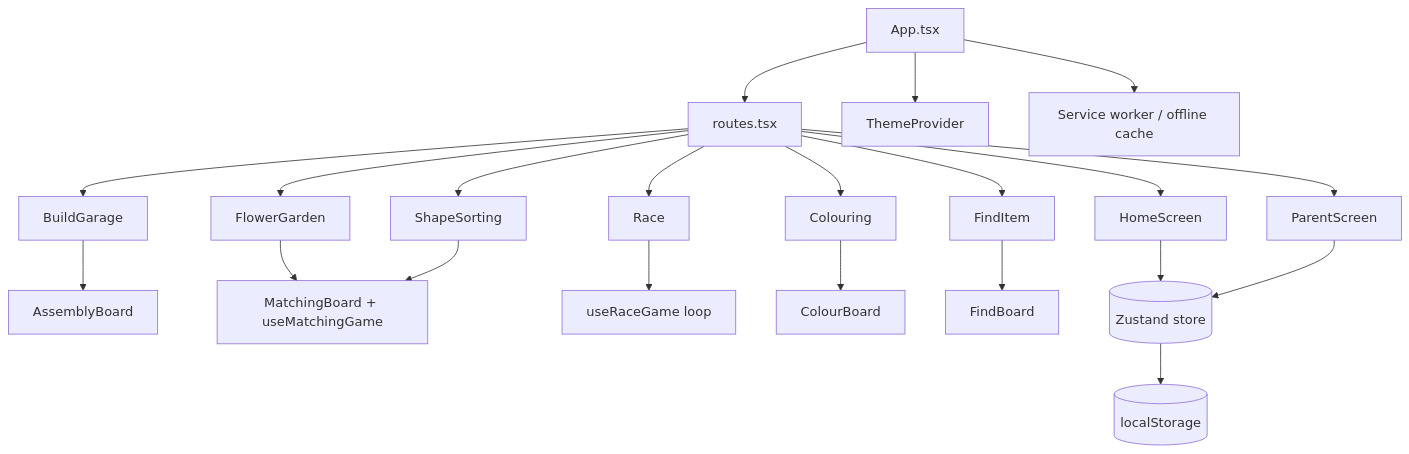
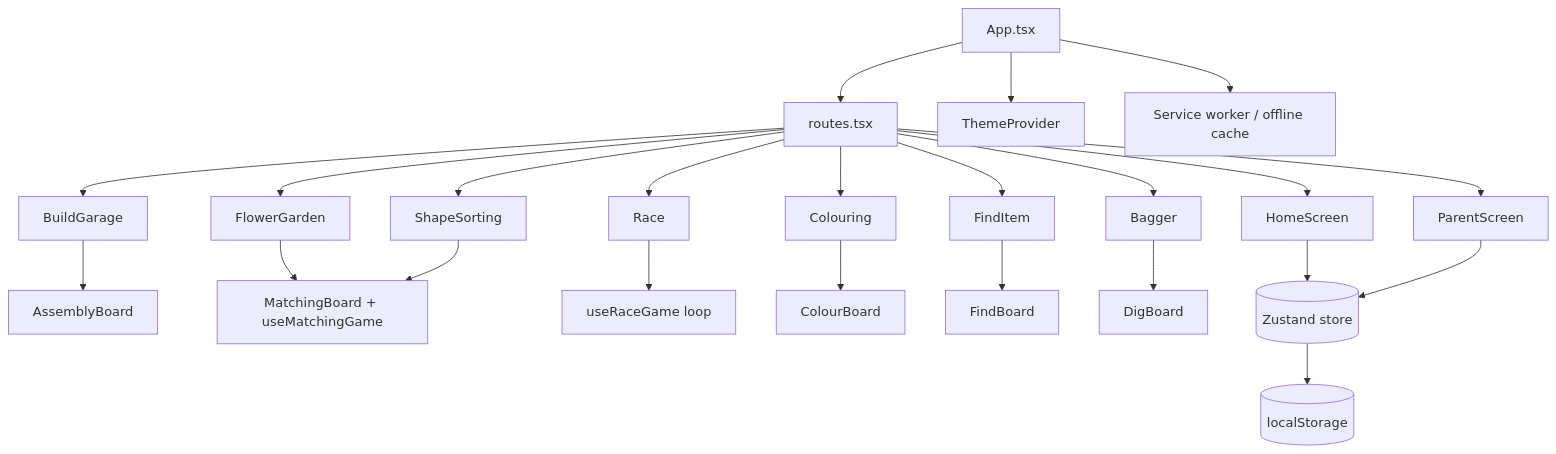
Before and after one commit to techlotse/TL-Games: the diagram in docs/architecture.md, drawn with Mermaid. The commit also changed other lines of this file and 18 other files, not shown here.

````diff
--- a/docs/architecture.md
+++ b/docs/architecture.md
@@ -46,23 +47,25 @@
 ```mermaid
 flowchart TD
   A[App.tsx] --> R[routes.tsx]
   R --> H[HomeScreen]
   R --> P[ParentScreen]
   R --> G1[BuildGarage]
   R --> G2[FlowerGarden]
   R --> G3[ShapeSorting]
   R --> G4[Race]
   R --> G5[Colouring]
   R --> G6[FindItem]
+  R --> G7[Bagger]
   G1 --> AB[AssemblyBoard]
   G2 --> MB[MatchingBoard + useMatchingGame]
   G3 --> MB
   G4 --> RL[useRaceGame loop]
   G5 --> CB[ColourBoard]
   G6 --> FB[FindBoard]
+  G7 --> DB[DigBoard]
   H --> ST[(Zustand store)]
   P --> ST
   ST --> LS[(localStorage)]
   A --> TH[ThemeProvider]
   A --> SW[Service worker / offline cache]
 ```
````
